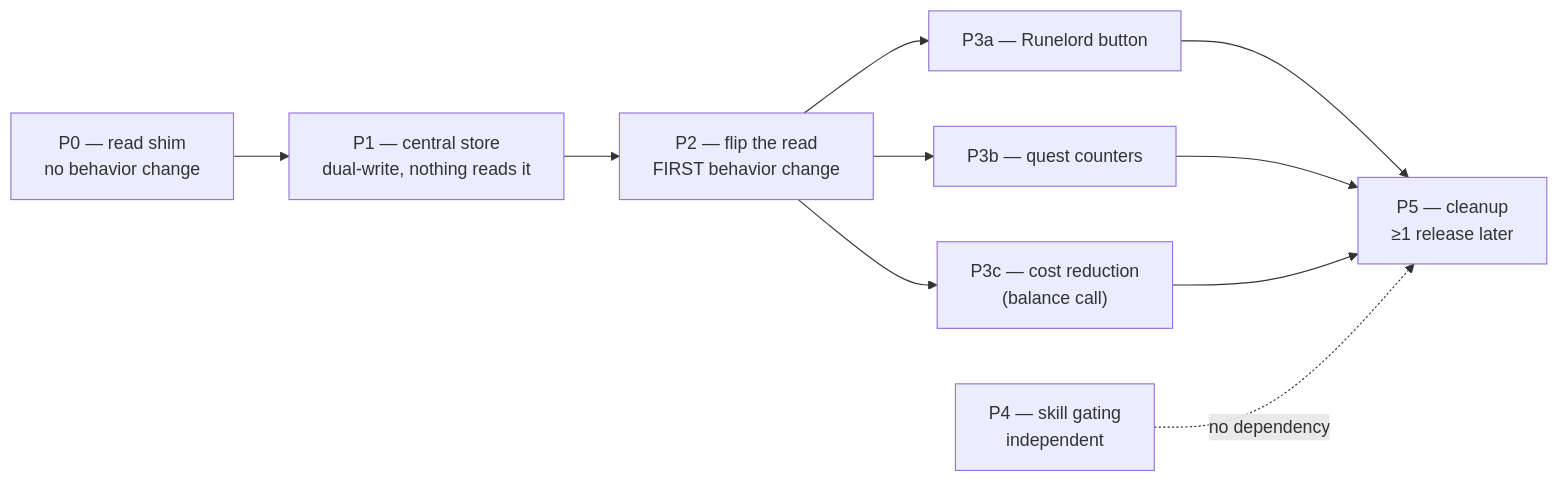
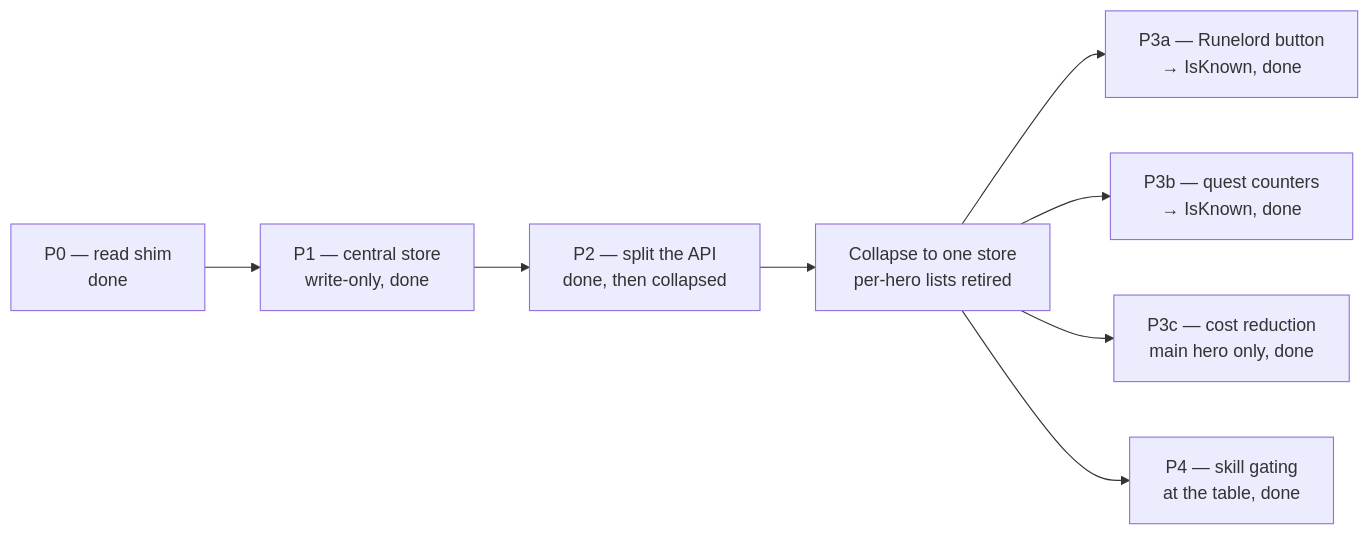
Before and after one commit to TheOldRealms/TOR_Core: the second of 2 diagrams in docs/enchantment-blueprint-storage-proposal.md, drawn with Mermaid. The commit also changed other lines of this file and 21 other files, not shown here.

Commit message:
Move to central store, truly

````diff
--- a/docs/enchantment-blueprint-storage-proposal.md
+++ b/docs/enchantment-blueprint-storage-proposal.md
@@ -172,12 +277,10 @@
 ```mermaid
 flowchart LR
-    P0["P0 — read shim<br/>no behavior change"] --> P1["P1 — central store<br/>dual-write, nothing reads it"]
-    P1 --> P2["P2 — flip the read<br/>FIRST behavior change"]
-    P2 --> P3a["P3a — Runelord button"]
-    P2 --> P3b["P3b — quest counters"]
-    P2 --> P3c["P3c — cost reduction<br/>(balance call)"]
-    P3a --> P5["P5 — cleanup<br/>≥1 release later"]
-    P3b --> P5
-    P3c --> P5
-    P4["P4 — skill gating<br/>independent"] -.no dependency.-> P5
+    P0["P0 — read shim<br/>done"] --> P1["P1 — central store<br/>write-only, done"]
+    P1 --> P2["P2 — split the API<br/>done, then collapsed"]
+    P2 --> C["Collapse to one store<br/>per-hero lists retired"]
+    C --> P3a["P3a — Runelord button<br/>→ IsKnown, done"]
+    C --> P3b["P3b — quest counters<br/>→ IsKnown, done"]
+    C --> P3c["P3c — cost reduction<br/>main hero only, done"]
+    C --> P4["P4 — skill gating<br/>at the table, done"]
 ```
````
